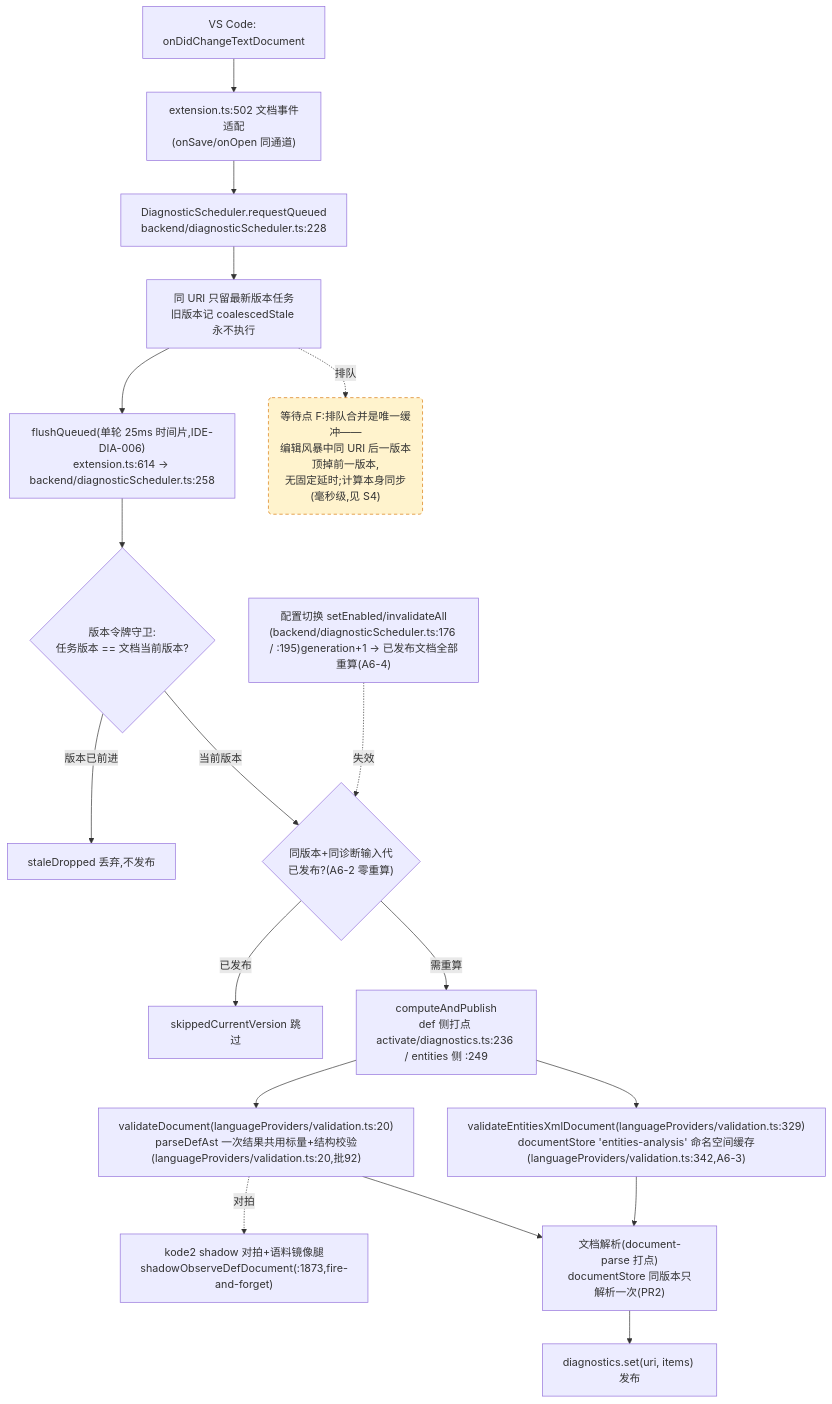
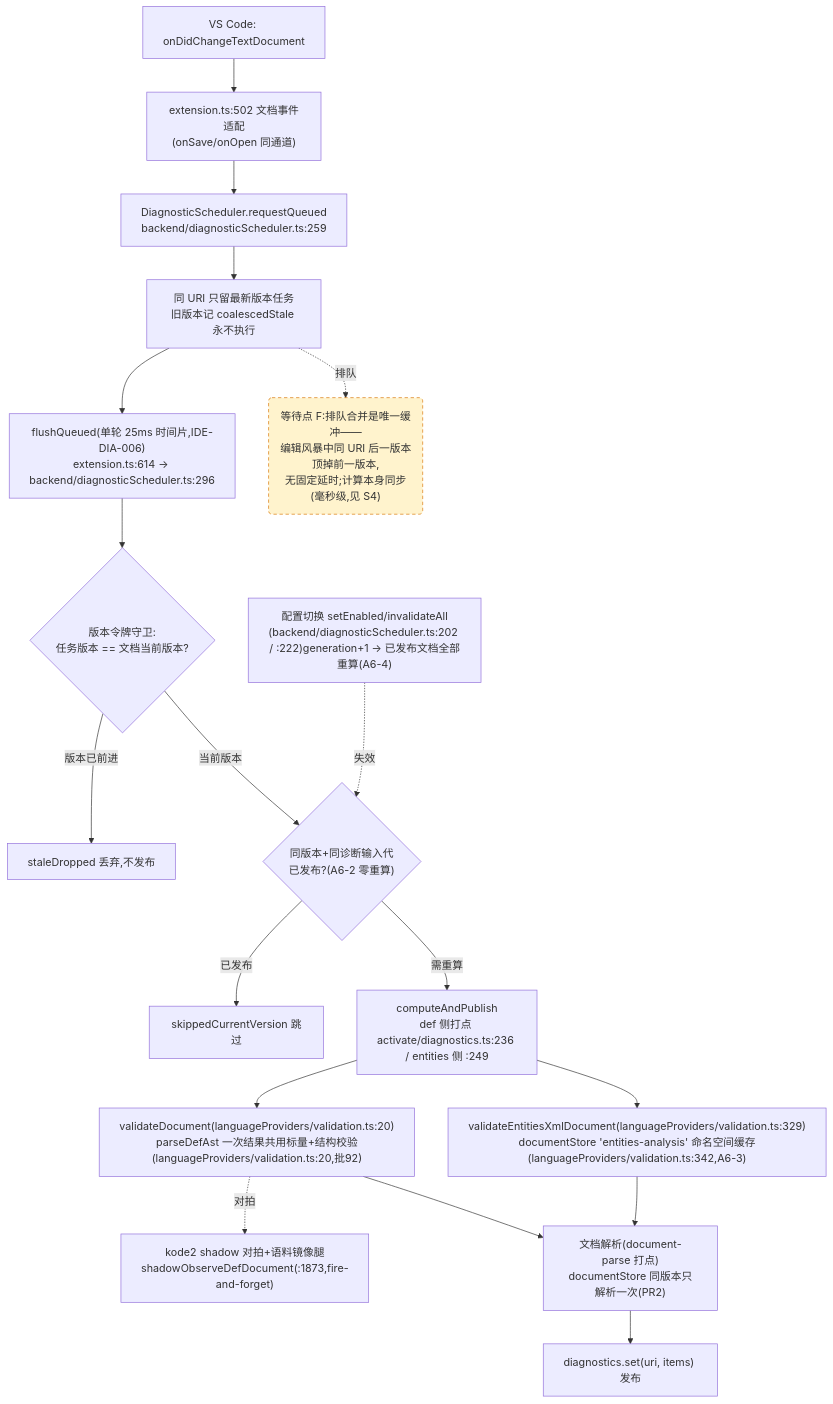
One commit to cuihairu/kode changed the fourth of 4 diagrams in docs/perf/2026-baseline.md. Above: the diagram before and after it, drawn with Mermaid. The commit also changed other lines of this file and 4 other files, not shown here.

````diff
--- a/docs/perf/2026-baseline.md
+++ b/docs/perf/2026-baseline.md
@@ -244,38 +244,38 @@
 ```mermaid
 flowchart TD
   CHG["VS Code: onDidChangeTextDocument"]
   WATCH["extension.ts:502 文档事件适配<br/>(onSave/onOpen 同通道)"]
-  RQ["DiagnosticScheduler.requestQueued<br/>backend/diagnosticScheduler.ts:228"]
+  RQ["DiagnosticScheduler.requestQueued<br/>backend/diagnosticScheduler.ts:259"]
   CO["同 URI 只留最新版本任务<br/>旧版本记 coalescedStale 永不执行"]
-  FL["flushQueued(单轮 25ms 时间片,IDE-DIA-006)<br/>extension.ts:614 → backend/diagnosticScheduler.ts:258"]
+  FL["flushQueued(单轮 25ms 时间片,IDE-DIA-006)<br/>extension.ts:614 → backend/diagnosticScheduler.ts:296"]
   VG{"版本令牌守卫:<br/>任务版本 == 文档当前版本?"}
   DROP["staleDropped 丢弃,不发布"]
   GEN{"同版本+同诊断输入代<br/>已发布?(A6-2 零重算)"}
   SKIP["skippedCurrentVersion 跳过"]
   CALC["computeAndPublish<br/>def 侧打点 activate/diagnostics.ts:236 / entities 侧 :249"]
   VD["validateDocument(languageProviders/validation.ts:20)<br/>parseDefAst 一次结果共用标量+结构校验(languageProviders/validation.ts:20,批92)"]
   VEX["validateEntitiesXmlDocument(languageProviders/validation.ts:329)<br/>documentStore 'entities-analysis' 命名空间缓存(languageProviders/validation.ts:342,A6-3)"]
   SHDD["kode2 shadow 对拍+语料镜像腿<br/>shadowObserveDefDocument(:1873,fire-and-forget)"]
   DS["文档解析(document-parse 打点)<br/>documentStore 同版本只解析一次(PR2)"]
   PUB["diagnostics.set(uri, items) 发布"]
-  CFG2["配置切换 setEnabled/invalidateAll<br/>(backend/diagnosticScheduler.ts:176 / :195)generation+1 → 已发布文档全部重算(A6-4)"]
+  CFG2["配置切换 setEnabled/invalidateAll<br/>(backend/diagnosticScheduler.ts:202 / :222)generation+1 → 已发布文档全部重算(A6-4)"]
 
   CHG --> WATCH --> RQ --> CO --> FL --> VG
   VG -- "版本已前进" --> DROP
   VG -- "当前版本" --> GEN
   GEN -- "已发布" --> SKIP
   GEN -- "需重算" --> CALC
   CALC --> VD
   CALC --> VEX
   VD --> DS
   VEX --> DS
   DS --> PUB
   VD -.->|对拍| SHDD
   CFG2 -.->|失效| GEN
 
   WAITF("等待点 F:排队合并是唯一缓冲——<br/>编辑风暴中同 URI 后一版本顶掉前一版本,<br/>无固定延时;计算本身同步(毫秒级,见 S4)")
   CO -.->|排队| WAITF
 
   classDef waitPoint fill:#fff3cd,stroke:#d97706,stroke-dasharray:5 4;
   class WAITF waitPoint;
 ```
````
